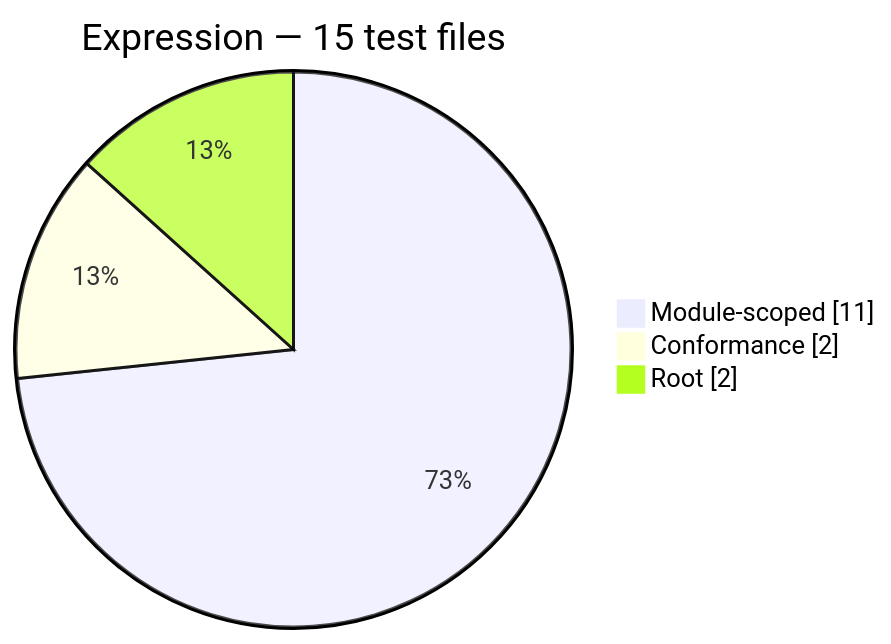
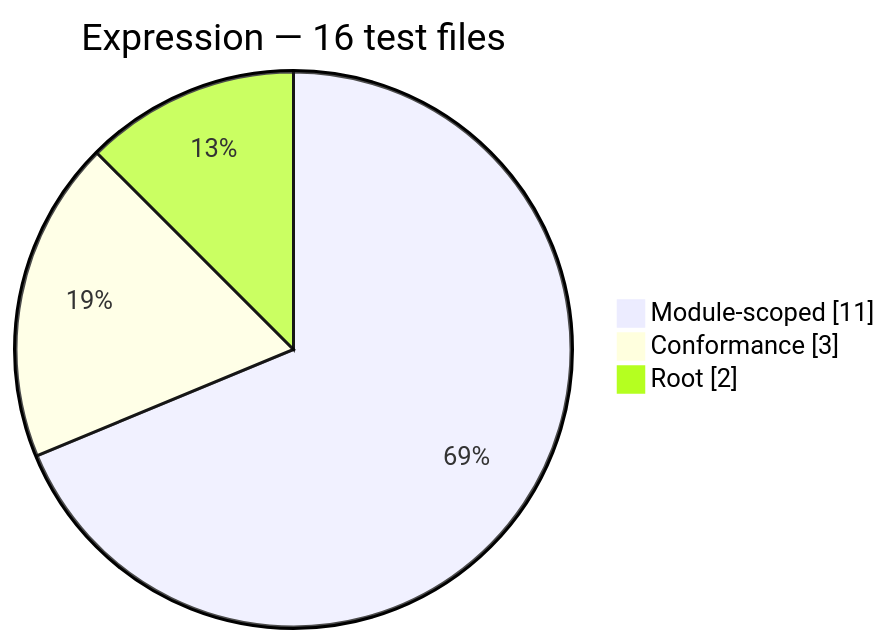
Before and after one commit to Mohammed-Alama/php-arazzo: the second of 12 diagrams in docs/generated/test-composition.md, drawn with Mermaid. The commit also changed other lines of this file and 13 other files, not shown here.

First line of the commit message:
test(expression): add ABNF oracle toolkit and self-tests (#145)

````diff
--- a/docs/generated/test-composition.md
+++ b/docs/generated/test-composition.md
@@ -28,7 +28,7 @@
 ```mermaid
 pie showData
-    title Expression — 15 test files
+    title Expression — 16 test files
     "Module-scoped": 11
-    "Conformance": 2
+    "Conformance": 3
     "Root": 2
 ```
````
